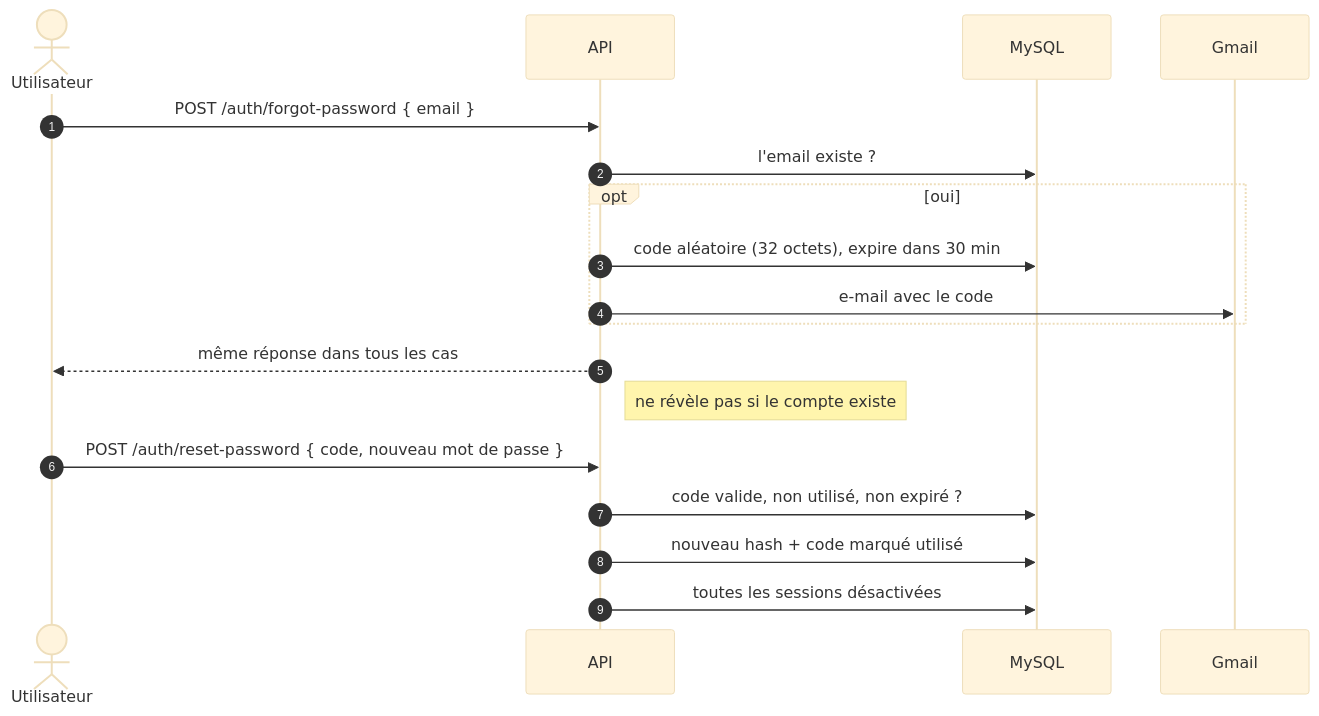
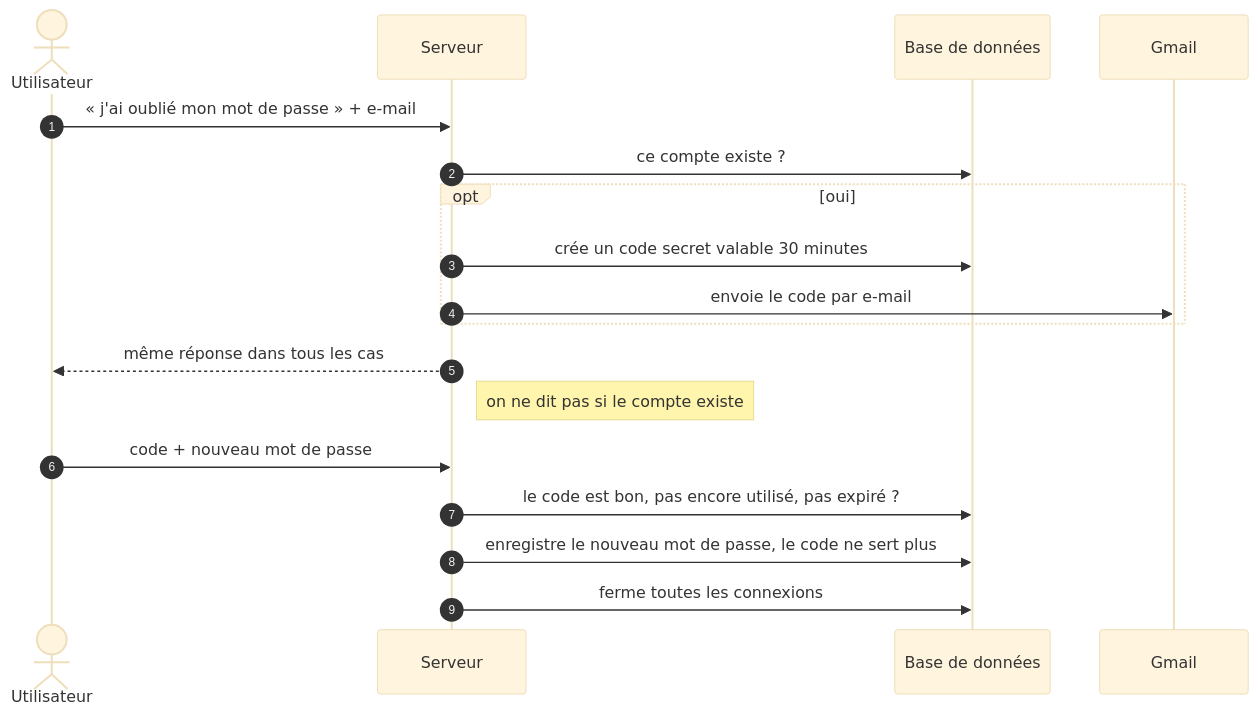
Before and after one commit to eliaTolojanahary/gestionFormation_stage: the eighth of 23 diagrams in FLUX-APPLICATION.md, drawn with Mermaid (base theme). The commit also changed other lines of this file and 69 other files, not shown here.

````diff
--- a/FLUX-APPLICATION.md
+++ b/FLUX-APPLICATION.md
@@ -713,21 +889,21 @@
 ```mermaid
 sequenceDiagram
     autonumber
     actor U as Utilisateur
-    participant API
-    participant DB as MySQL
+    participant API as Serveur
+    participant DB as Base de données
     participant Mail as Gmail
 
-    U->>API: POST /auth/forgot-password { email }
-    API->>DB: l'email existe ?
+    U->>API: « j'ai oublié mon mot de passe » + e-mail
+    API->>DB: ce compte existe ?
     opt oui
-        API->>DB: code aléatoire (32 octets), expire dans 30 min
-        API->>Mail: e-mail avec le code
+        API->>DB: crée un code secret valable 30 minutes
+        API->>Mail: envoie le code par e-mail
     end
     API-->>U: même réponse dans tous les cas
-    Note right of API: ne révèle pas si le compte existe
-    U->>API: POST /auth/reset-password { code, nouveau mot de passe }
-    API->>DB: code valide, non utilisé, non expiré ?
-    API->>DB: nouveau hash + code marqué utilisé
-    API->>DB: toutes les sessions désactivées
+    Note right of API: on ne dit pas si le compte existe
+    U->>API: code + nouveau mot de passe
+    API->>DB: le code est bon, pas encore utilisé, pas expiré ?
+    API->>DB: enregistre le nouveau mot de passe, le code ne sert plus
+    API->>DB: ferme toutes les connexions
 ```
````
